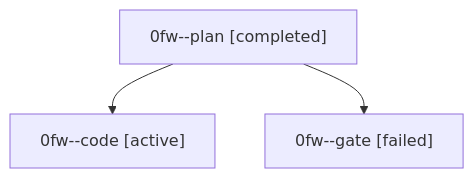
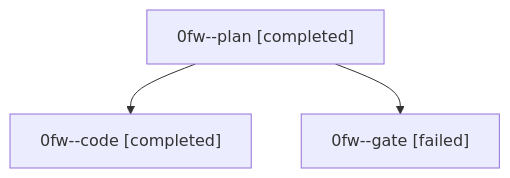
One commit to bobs-org/bob-cli--agents changed the diagram in families/bbugyi200.athena.0fw.md. Above: the diagram before and after it, drawn with Mermaid. The commit also changed other lines of this file and 33 other files, not shown here.

````diff
--- a/families/bbugyi200.athena.0fw.md
+++ b/families/bbugyi200.athena.0fw.md
@@ -9,8 +9,8 @@
 ```mermaid
 flowchart TD
   n0["0fw--plan [completed]"]
-  n1["0fw--code [active]"]
+  n1["0fw--code [completed]"]
   n0 --> n1
   n2["0fw--gate [failed]"]
   n0 --> n2
 ```
````
